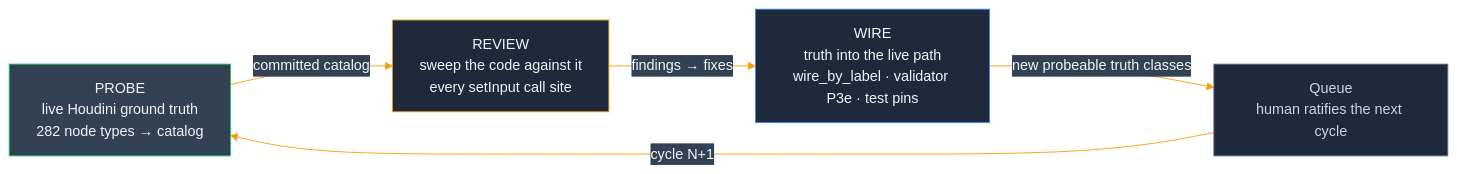
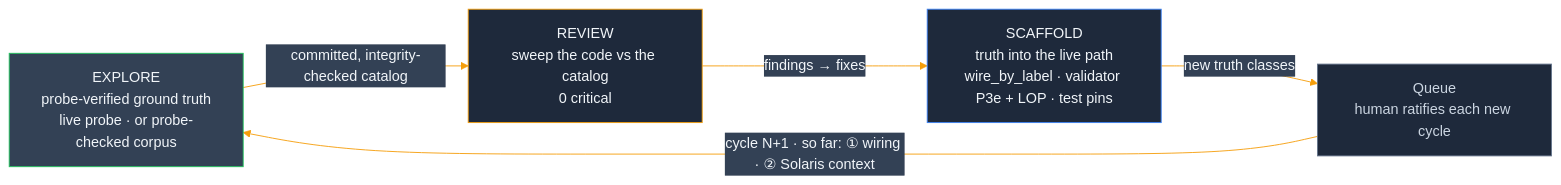
One commit to JosephOIbrahim/Synapse changed the third of 6 diagrams in README.md. Above: the diagram before and after it, drawn with Mermaid. The commit also changed other lines of this file and 1 other file, not shown here.

First line of the commit message:
docs: surface the U.5 Solaris knowledge cycle (README + package metadata)

````diff
--- a/README.md
+++ b/README.md
@@ -117,12 +114,12 @@
 ```mermaid
 %%{init: {'theme':'base', 'themeVariables': {'primaryColor':'#1e293b','primaryTextColor':'#f1f5f9','primaryBorderColor':'#0f172a','lineColor':'#f59e0b','secondaryColor':'#334155','tertiaryColor':'#475569'}}}%%
 flowchart LR
-    PROBE["PROBE<br/>live Houdini ground truth<br/>282 node types → catalog"]:::hou -->|"committed catalog"| REV["REVIEW<br/>sweep the code against it<br/>every setInput call site"]:::bridge
-    REV -->|"findings → fixes"| WIRE["WIRE<br/>truth into the live path<br/>wire_by_label · validator P3e · test pins"]:::panel
-    WIRE -->|"new probeable truth classes"| NEXT["Queue<br/>human ratifies the next cycle"]:::side
-    NEXT -->|"cycle N+1"| PROBE
+    EXP["EXPLORE<br/>probe-verified ground truth<br/>live probe · or probe-checked corpus"]:::hou -->|"committed, integrity-checked catalog"| REV["REVIEW<br/>sweep the code vs the catalog<br/>0 critical"]:::bridge
+    REV -->|"findings → fixes"| SCAF["SCAFFOLD<br/>truth into the live path<br/>wire_by_label · validator P3e + LOP · test pins"]:::panel
+    SCAF -->|"new truth classes"| NEXT["Queue<br/>human ratifies each new cycle"]:::side
+    NEXT -->|"cycle N+1 · so far: ① wiring · ② Solaris context"| EXP
     classDef panel fill:#1e293b,stroke:#3b82f6,color:#f1f5f9
     classDef bridge fill:#1e293b,stroke:#f59e0b,color:#f1f5f9
     classDef hou fill:#334155,stroke:#22c55e,color:#f1f5f9
     classDef side fill:#1e293b,stroke:#64748b,color:#cbd5e1
 ```
````
